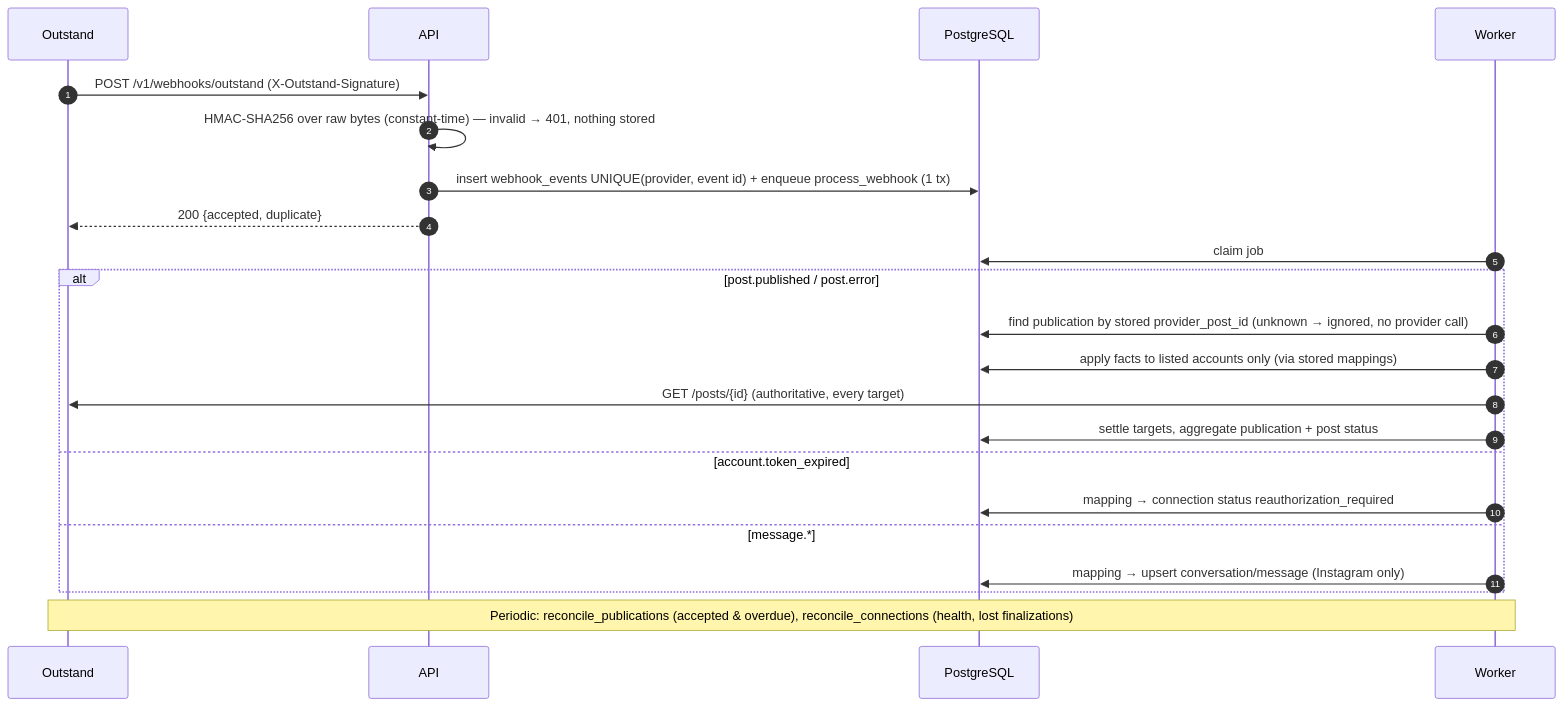
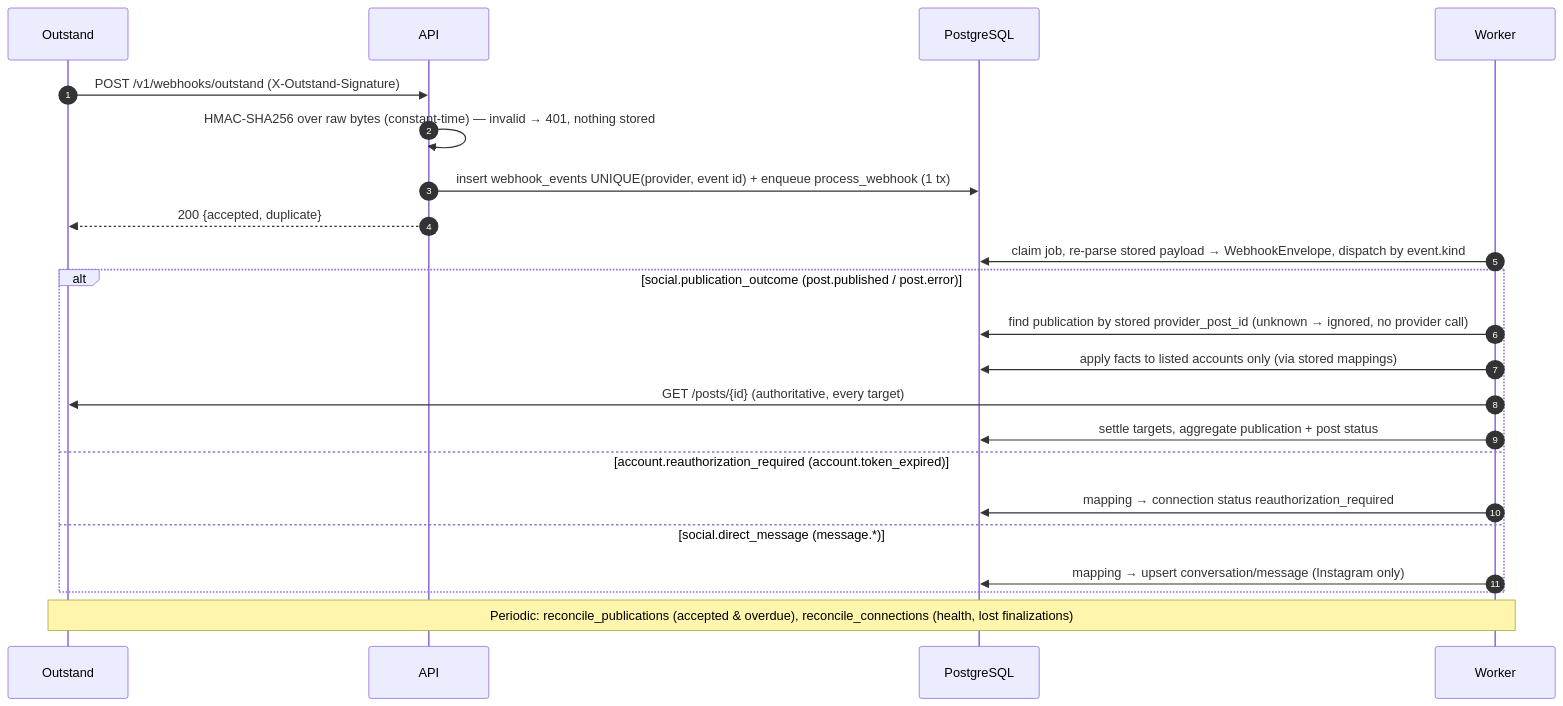
One commit to Zeptly/Social-Channels-Adaptor changed the sixth of 7 diagrams in docs/ARCHITECTURE.md. Above: the diagram before and after it, drawn with Mermaid. The commit also changed other lines of this file and 203 other files, not shown here.

````diff
--- a/docs/ARCHITECTURE.md
+++ b/docs/ARCHITECTURE.md
@@ -126,24 +200,24 @@
 ```mermaid
 sequenceDiagram
   autonumber
   participant O as Outstand
   participant S as API
   participant DB as PostgreSQL
   participant W as Worker
   O->>S: POST /v1/webhooks/outstand (X-Outstand-Signature)
   S->>S: HMAC-SHA256 over raw bytes (constant-time) — invalid → 401, nothing stored
   S->>DB: insert webhook_events UNIQUE(provider, event id) + enqueue process_webhook (1 tx)
   S-->>O: 200 {accepted, duplicate}
-  W->>DB: claim job
-  alt post.published / post.error
+  W->>DB: claim job, re-parse stored payload → WebhookEnvelope, dispatch by event.kind
+  alt social.publication_outcome (post.published / post.error)
     W->>DB: find publication by stored provider_post_id (unknown → ignored, no provider call)
     W->>DB: apply facts to listed accounts only (via stored mappings)
     W->>O: GET /posts/{id} (authoritative, every target)
     W->>DB: settle targets, aggregate publication + post status
-  else account.token_expired
+  else account.reauthorization_required (account.token_expired)
     W->>DB: mapping → connection status reauthorization_required
-  else message.*
+  else social.direct_message (message.*)
     W->>DB: mapping → upsert conversation/message (Instagram only)
   end
   Note over W,O: Periodic: reconcile_publications (accepted & overdue), reconcile_connections (health, lost finalizations)
 ```
````
